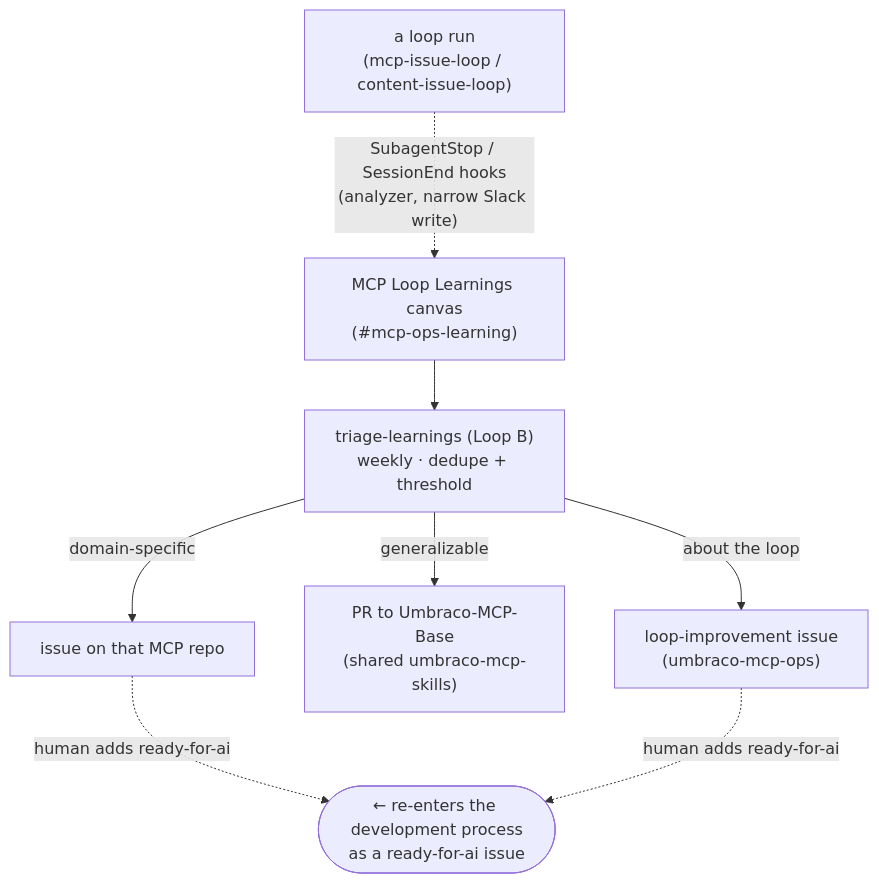
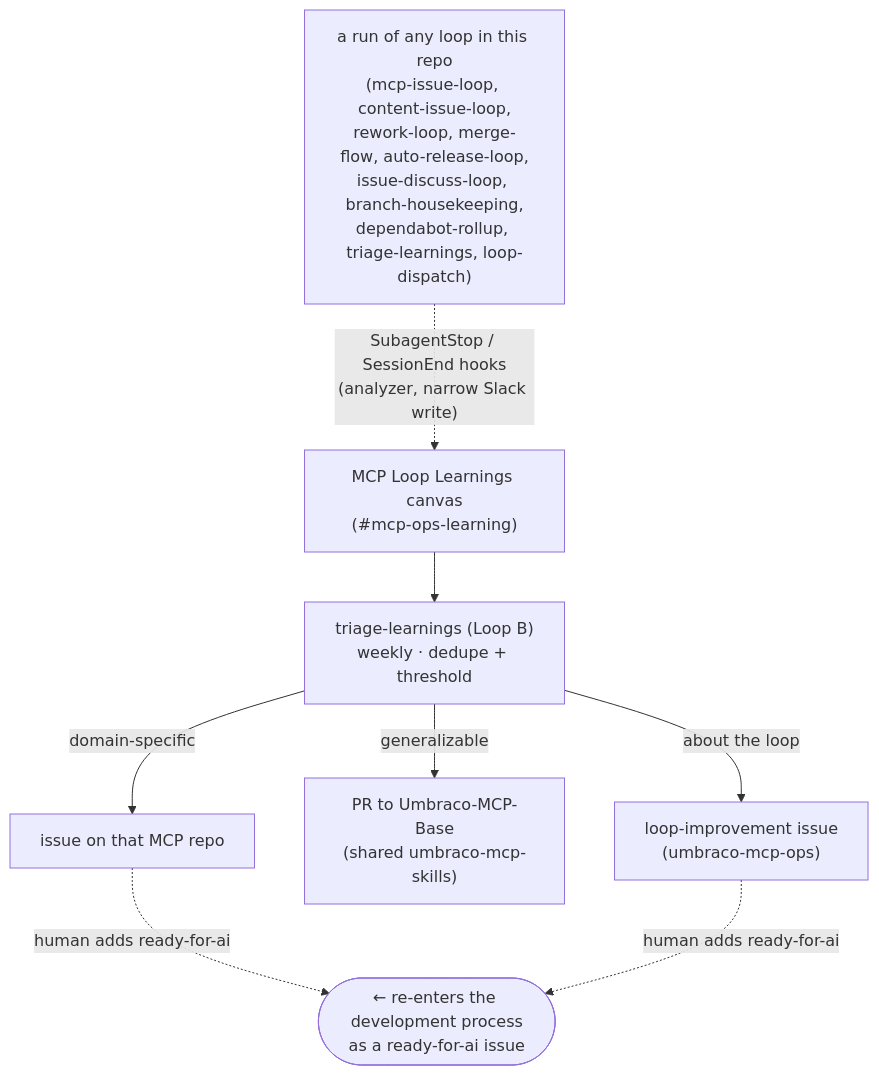
Before and after one commit to hifi-phil/umbraco-mcp-ops: the second of 3 diagrams in docs/self-learning-system.md, drawn with Mermaid. The commit also changed other lines of this file and 8 other files, not shown here.

First line of the commit message:
refactor(mcp-issue-loop): widen proto-learning capture to every loop

````diff
--- a/docs/self-learning-system.md
+++ b/docs/self-learning-system.md
@@ -44,10 +44,10 @@
 ```mermaid
 flowchart TD
-    LOOP["a loop run<br/>(mcp-issue-loop / content-issue-loop)"] -. "SubagentStop / SessionEnd hooks<br/>(analyzer, narrow Slack write)" .-> CANVAS["MCP Loop Learnings canvas<br/>(#mcp-ops-learning)"]
+    LOOP["a run of any loop in this repo<br/>(mcp-issue-loop, content-issue-loop,<br/>rework-loop, merge-flow, auto-release-loop,<br/>issue-discuss-loop, branch-housekeeping,<br/>dependabot-rollup, triage-learnings, loop-dispatch)"] -. "SubagentStop / SessionEnd hooks<br/>(analyzer, narrow Slack write)" .-> CANVAS["MCP Loop Learnings canvas<br/>(#mcp-ops-learning)"]
     CANVAS --> TRIAGE["triage-learnings (Loop B)<br/>weekly · dedupe + threshold"]
     TRIAGE -->|domain-specific| MREPO["issue on that MCP repo"]
     TRIAGE -->|generalizable| SHARED["PR to Umbraco-MCP-Base<br/>(shared umbraco-mcp-skills)"]
     TRIAGE -->|about the loop| LOOPIMP["loop-improvement issue<br/>(umbraco-mcp-ops)"]
     MREPO -. "human adds ready-for-ai" .-> BACK(["← re-enters the development process<br/>as a ready-for-ai issue"])
     LOOPIMP -. "human adds ready-for-ai" .-> BACK
 ```
````
